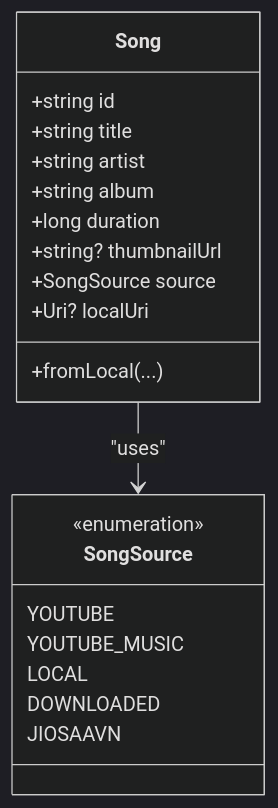
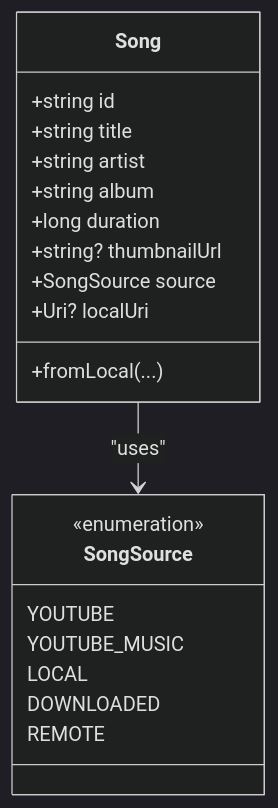
Before and after one commit to suvojeet-sengupta/SuvMusic: the fourth of 10 diagrams in docs/Multi-Source Streaming/Local Audio Support.md, drawn with Mermaid (dark theme). The commit also changed 32 other files, not shown here.

````diff
--- a/docs/Multi-Source Streaming/Local Audio Support.md
+++ b/docs/Multi-Source Streaming/Local Audio Support.md
@@ -175,23 +175,23 @@
 ```mermaid
 classDiagram
 class Song {
 +string id
 +string title
 +string artist
 +string album
 +long duration
 +string? thumbnailUrl
 +SongSource source
 +Uri? localUri
 +fromLocal(...)
 }
 class SongSource {
 <<enumeration>>
 YOUTUBE
 YOUTUBE_MUSIC
 LOCAL
 DOWNLOADED
-JIOSAAVN
+REMOTE
 }
 Song --> SongSource : "uses"
 ```
````
